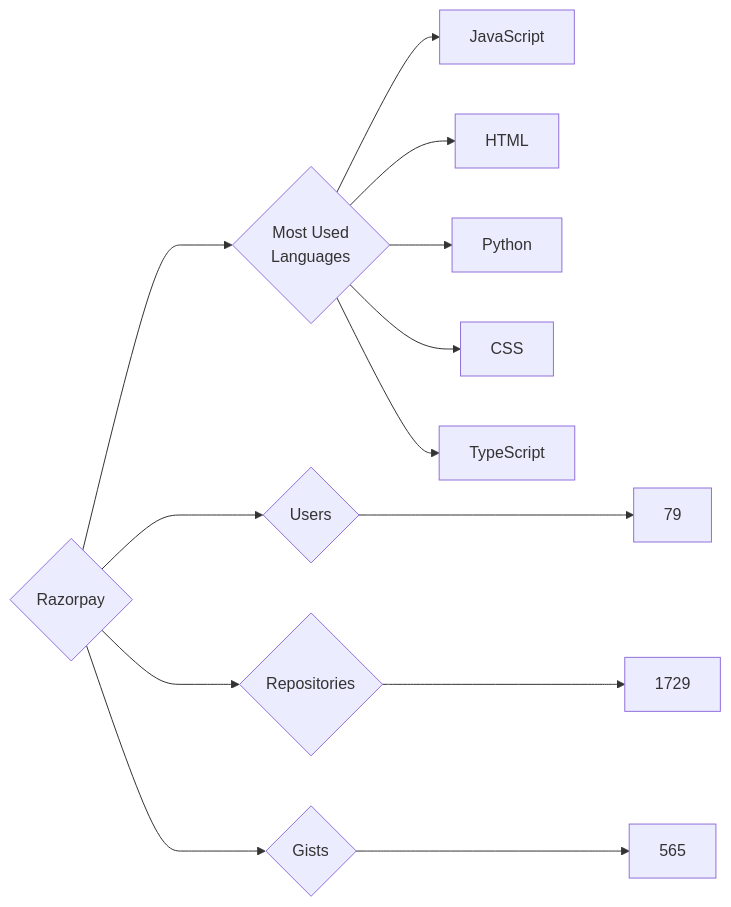
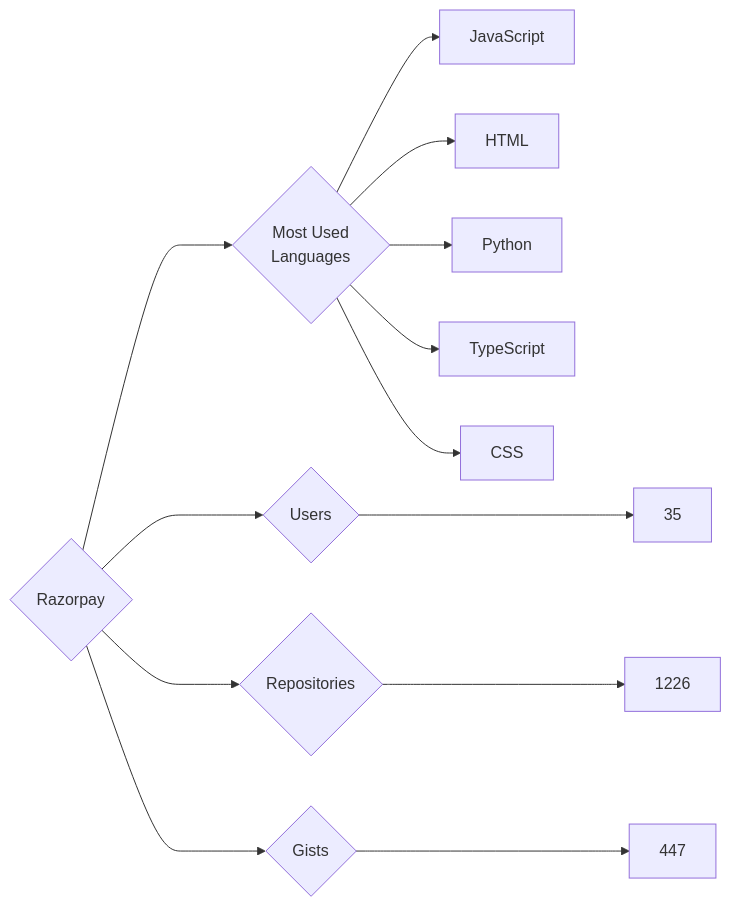
Before and after one commit to trickest/insiders: the diagram in targets/Razorpay/README.md, drawn with Mermaid. The commit also changed 912 other files, not shown here.

````diff
--- a/targets/Razorpay/README.md
+++ b/targets/Razorpay/README.md
@@ -3,13 +3,13 @@
 ```mermaid
 graph LR
 COMPANY_NAME{Razorpay}
-COMPANY_NAME ---> U{Users} ---> UN[79]
-COMPANY_NAME ---> R{Repositories} ---> RN[1729]
-COMPANY_NAME ---> G{Gists} ---> GN[565]
+COMPANY_NAME ---> U{Users} ---> UN[35]
+COMPANY_NAME ---> R{Repositories} ---> RN[1226]
+COMPANY_NAME ---> G{Gists} ---> GN[447]
 COMPANY_NAME ---> ML{Most Used<br>Languages}
 ML --> JavaScript[JavaScript]
 ML --> HTML[HTML]
 ML --> Python[Python]
+ML --> TypeScript[TypeScript]
 ML --> CSS[CSS]
-ML --> TypeScript[TypeScript]
 ```
````
